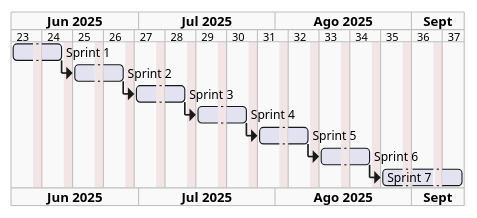
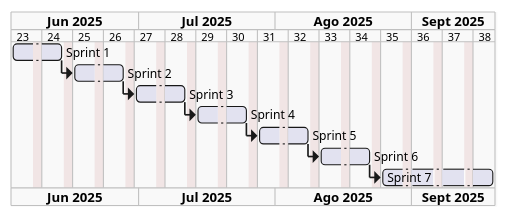
Before and after one commit to estebansuarezcalvoudc/Memento: the diagram in docs/diagrams/gantt/planificacion_inicial.pu, drawn with PlantUML. The commit also changed 1 other file, not shown here.

Commit message:
Corregir diagramas de Gantt aumentando las horas de desarrollo

```diff
--- a/docs/diagrams/gantt/planificacion_inicial.pu
+++ b/docs/diagrams/gantt/planificacion_inicial.pu
@@ -1,27 +1,27 @@
 @startgantt
 language es
 !theme mars
 
 Project starts 2025-06-02
 
 saturday are closed
 sunday are closed
 
 ' Cambiamos a escala semanal
 printscale weekly
 
 [Sprint 1] requires 10 days
 [Sprint 2] requires 10 days
 [Sprint 3] requires 10 days
 [Sprint 4] requires 10 days
 [Sprint 5] requires 10 days
 [Sprint 6] requires 10 days
-[Sprint 7] requires 15 days
+[Sprint 7] requires 20 days
 
 [Sprint 2] starts at [Sprint 1]'s end
 [Sprint 3] starts at [Sprint 2]'s end
 [Sprint 4] starts at [Sprint 3]'s end
 [Sprint 5] starts at [Sprint 4]'s end
 [Sprint 6] starts at [Sprint 5]'s end
 [Sprint 7] starts at [Sprint 6]'s end
 @endgantt
```
